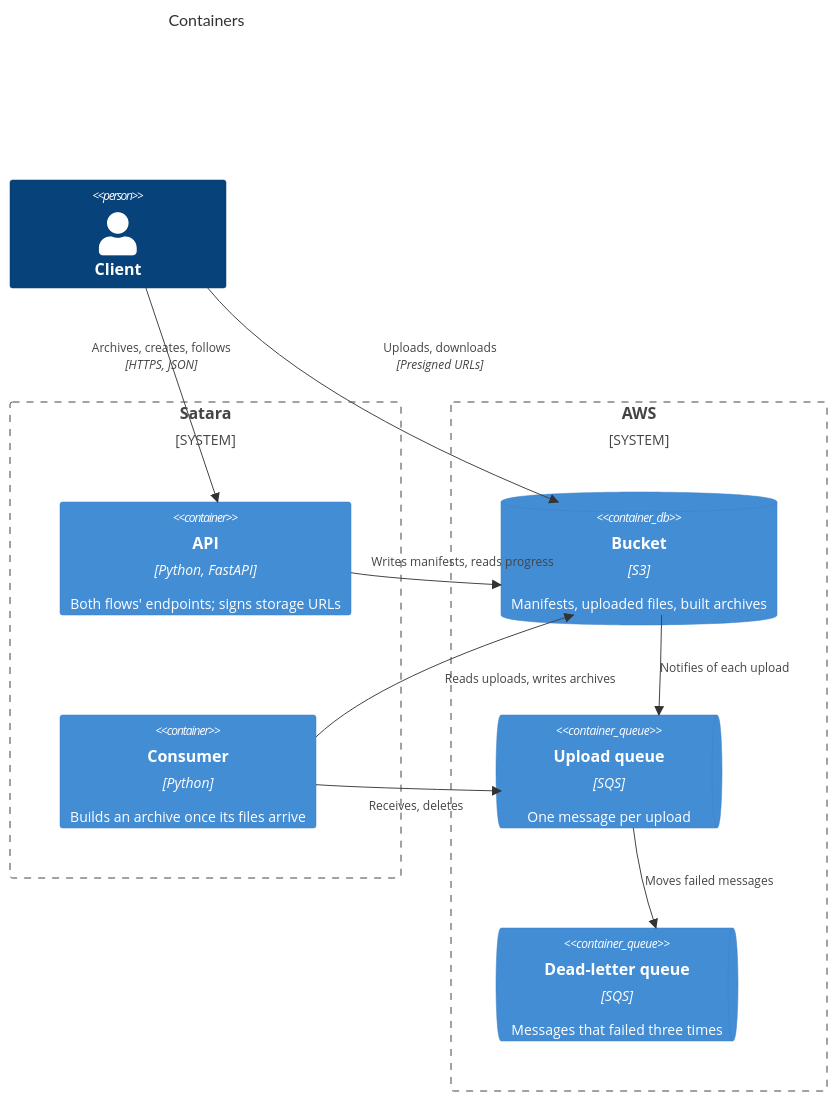
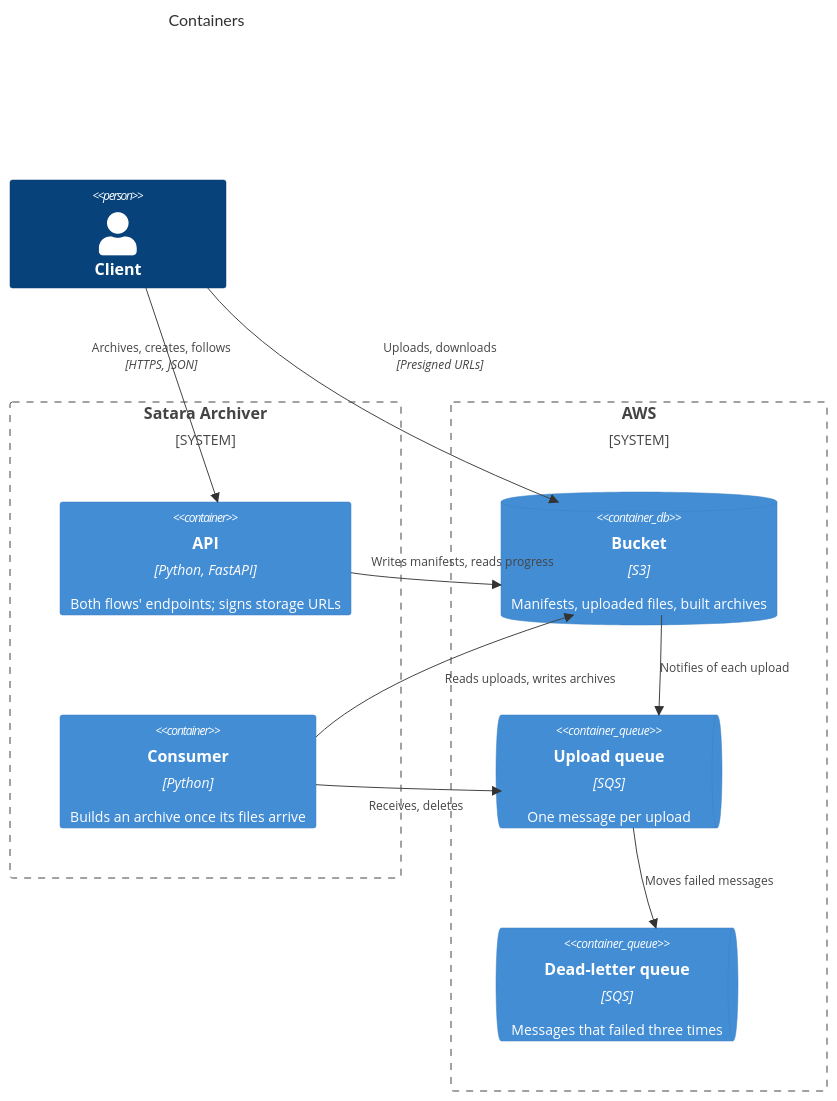
One commit to berislavlopac/satara changed the second of 5 diagrams in docs/architecture.md. Above: the diagram before and after it, drawn with Mermaid. The commit also changed other lines of this file and 7 other files, not shown here.

First line of the commit message:
name the project satara archiver

````diff
--- a/docs/architecture.md
+++ b/docs/architecture.md
@@ -24,26 +24,26 @@
 ```mermaid
 C4Container
     title Containers
     Person(client, "Client")
-    System_Boundary(satara, "Satara") {
+    System_Boundary(satara, "Satara Archiver") {
         Container(api, "API", "Python, FastAPI", "Both flows' endpoints; signs storage URLs")
         Container(consumer, "Consumer", "Python", "Builds an archive once its files arrive")
     }
     System_Boundary(aws, "AWS") {
         ContainerDb(bucket, "Bucket", "S3", "Manifests, uploaded files, built archives")
         ContainerQueue(queue, "Upload queue", "SQS", "One message per upload")
         ContainerQueue(dead, "Dead-letter queue", "SQS", "Messages that failed three times")
     }
     Rel(client, api, "Archives, creates, follows", "HTTPS, JSON")
     Rel(client, bucket, "Uploads, downloads", "Presigned URLs")
     Rel(api, bucket, "Writes manifests, reads progress")
     Rel(bucket, queue, "Notifies of each upload")
     Rel(consumer, queue, "Receives, deletes")
     Rel(consumer, bucket, "Reads uploads, writes archives")
     Rel(queue, dead, "Moves failed messages")
     UpdateRelStyle(client, api, $offsetX="-90", $offsetY="-50")
     UpdateRelStyle(client, bucket, $offsetY="-50")
     UpdateRelStyle(api, bucket, $offsetX="-55", $offsetY="-20")
     UpdateRelStyle(consumer, queue, $offsetX="-40", $offsetY="15")
     UpdateLayoutConfig($c4ShapeInRow="3", $c4BoundaryInRow="2")
 ```
````
